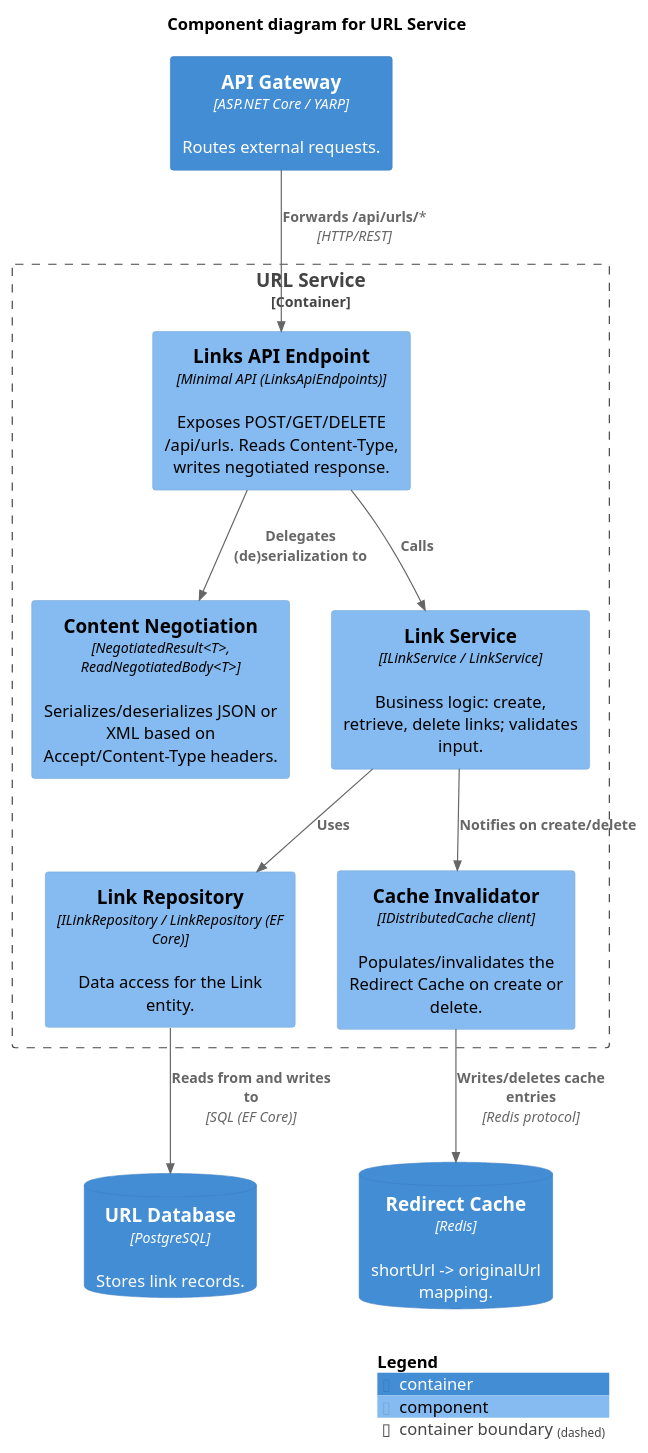
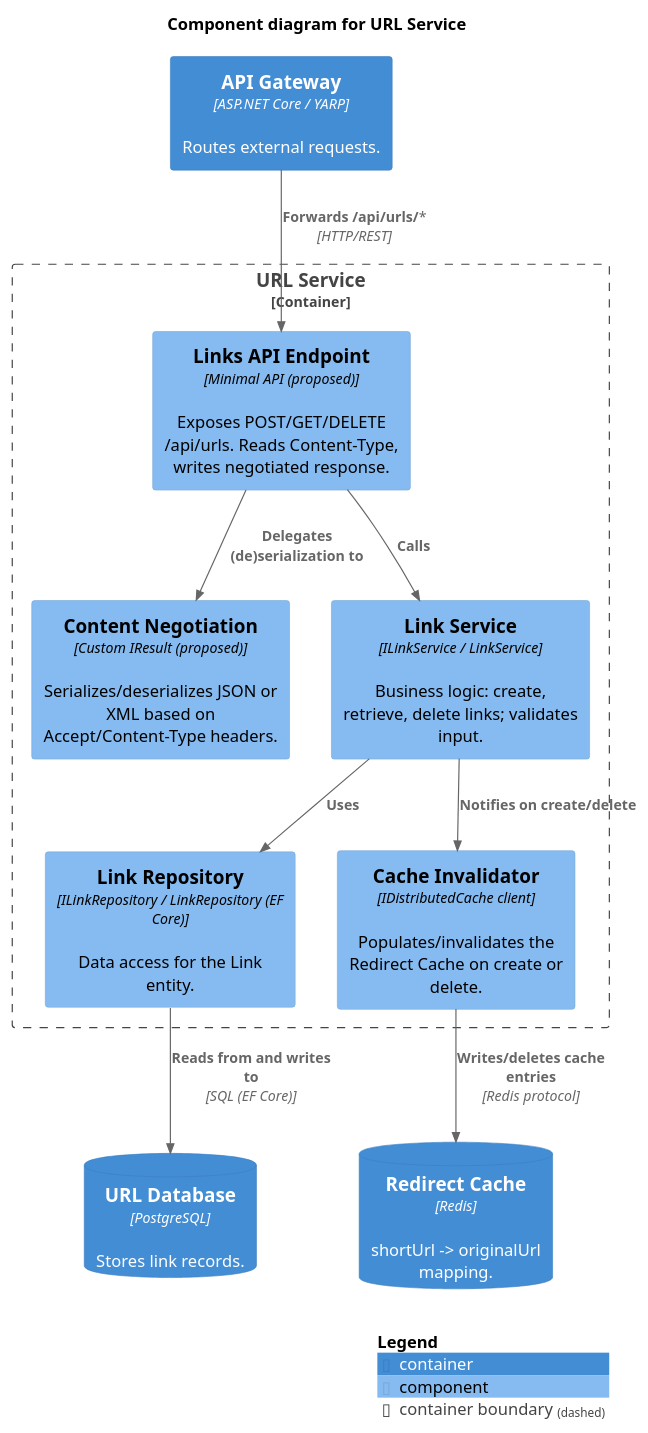
One commit to FelipeRojasC/shortly-labs changed the diagram in docs/c4-component-url-service.puml. Above: the diagram before and after it, drawn with PlantUML. The commit also changed 2 other files, not shown here.

Commit message:
fix: remove Lab 3 references, add architecture.md and redirect code diagram

```diff
--- a/docs/c4-component-url-service.puml
+++ b/docs/c4-component-url-service.puml
@@ -1,29 +1,29 @@
 @startuml c4-component-url-service
 
 !include https://raw.githubusercontent.com/plantuml-stdlib/C4-PlantUML/master/C4_Component.puml
 
 title Component diagram for URL Service
 
 Container(apiGateway, "API Gateway", "ASP.NET Core / YARP", "Routes external requests.")
 ContainerDb(urlDb, "URL Database", "PostgreSQL", "Stores link records.")
 ContainerDb(redirectCache, "Redirect Cache", "Redis", "shortUrl -> originalUrl mapping.")
 
 Container_Boundary(urlService, "URL Service") {
-    Component(linksEndpoint, "Links API Endpoint", "Minimal API (LinksApiEndpoints)", "Exposes POST/GET/DELETE /api/urls. Reads Content-Type, writes negotiated response.")
-    Component(contentNegotiator, "Content Negotiation", "NegotiatedResult<T>, ReadNegotiatedBody<T>", "Serializes/deserializes JSON or XML based on Accept/Content-Type headers.")
+    Component(linksEndpoint, "Links API Endpoint", "Minimal API (proposed)", "Exposes POST/GET/DELETE /api/urls. Reads Content-Type, writes negotiated response.")
+    Component(contentNegotiator, "Content Negotiation", "Custom IResult (proposed)", "Serializes/deserializes JSON or XML based on Accept/Content-Type headers.")
     Component(linkService, "Link Service", "ILinkService / LinkService", "Business logic: create, retrieve, delete links; validates input.")
     Component(linkRepository, "Link Repository", "ILinkRepository / LinkRepository (EF Core)", "Data access for the Link entity.")
     Component(cacheInvalidator, "Cache Invalidator", "IDistributedCache client", "Populates/invalidates the Redirect Cache on create or delete.")
 }
 
 Rel(apiGateway, linksEndpoint, "Forwards /api/urls/*", "HTTP/REST")
 Rel(linksEndpoint, contentNegotiator, "Delegates (de)serialization to")
 Rel(linksEndpoint, linkService, "Calls")
 Rel(linkService, linkRepository, "Uses")
 Rel(linkService, cacheInvalidator, "Notifies on create/delete")
 Rel(linkRepository, urlDb, "Reads from and writes to", "SQL (EF Core)")
 Rel(cacheInvalidator, redirectCache, "Writes/deletes cache entries", "Redis protocol")
 
 SHOW_LEGEND()
 
 @enduml
```
